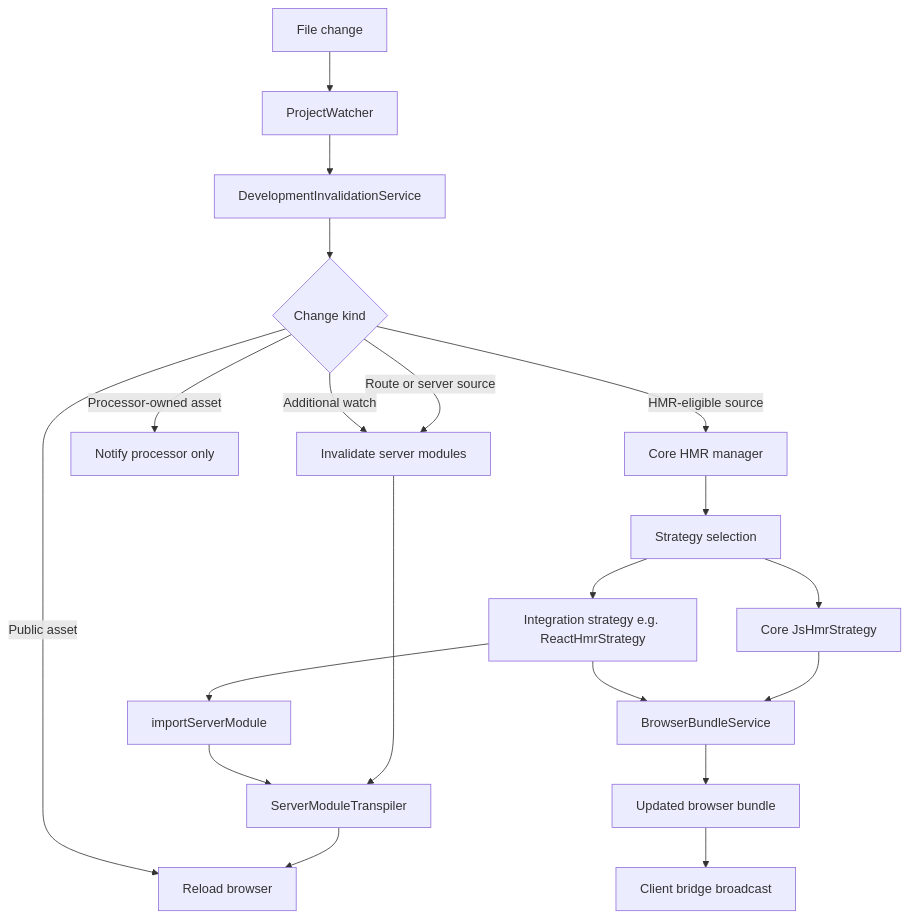
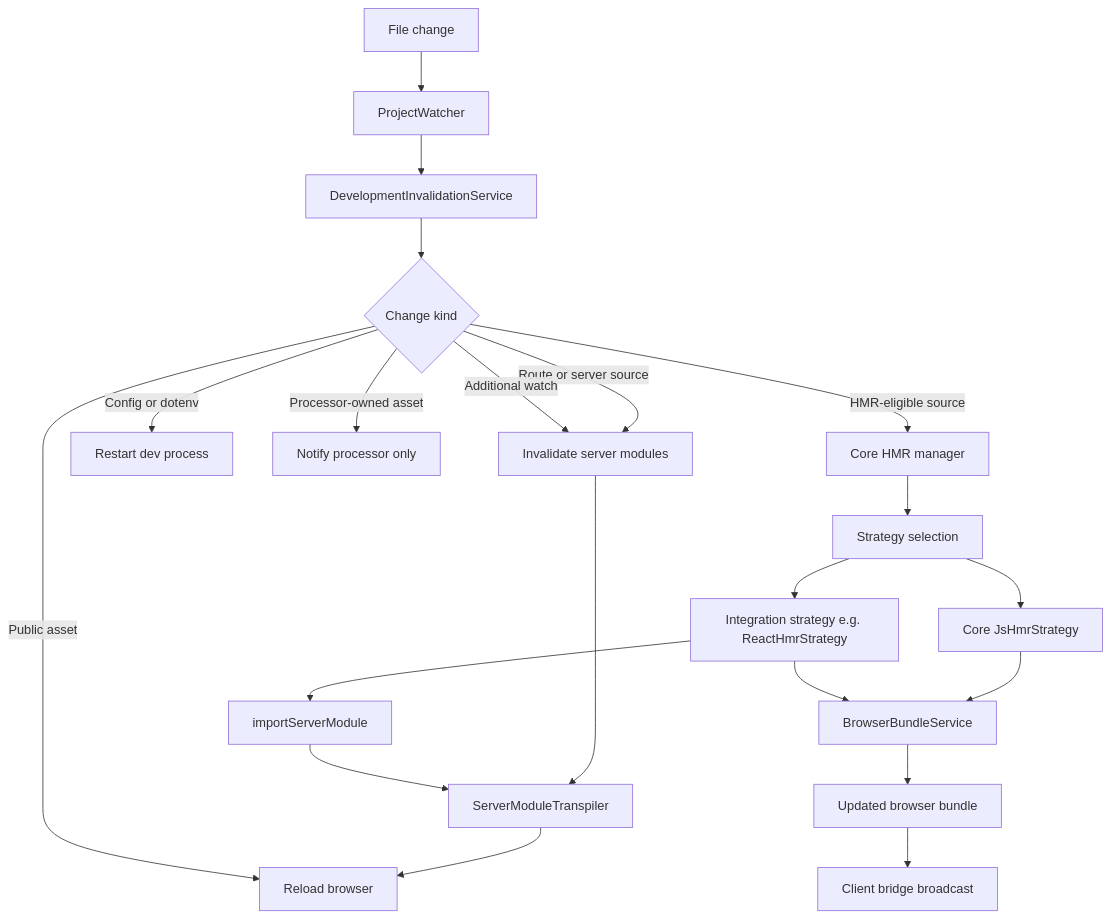
The second of 2 diagrams in packages/core/README.md (ecopages/ecopages), drawn with Mermaid before and after one commit. The commit also changed 5 other files, not shown here.

First line of the commit message:
docs: document dev port fallback and config restart behavior

````diff
--- a/packages/core/README.md
+++ b/packages/core/README.md
@@ -50,22 +50,23 @@
 ```mermaid
 flowchart TD
 	A[File change] --> B[ProjectWatcher]
 	B --> C[DevelopmentInvalidationService]
 	C --> D{Change kind}
 	D -->|Route or server source| E[Invalidate server modules]
 	D -->|Additional watch| E
+	D -->|Config or dotenv| R[Restart dev process]
 	E --> N[Notify processors]
 	N --> F[Reload browser]
 	D -->|Public asset| F
 	D -->|Processor-owned asset| G[Notify processor only]
 	D -->|HMR-eligible source| H[Core HMR manager]
 	H --> I[Strategy selection]
 	I --> J[Core JsHmrStrategy]
 	I --> K[Integration strategy e.g. ReactHmrStrategy]
 	J --> L[BrowserBundleService]
 	K --> L
 	K --> M[importServerModule]
 	M --> N[ServerModuleTranspiler]
 	L --> O[Updated browser bundle]
 	O --> P[Client bridge broadcast]
 ```
````
